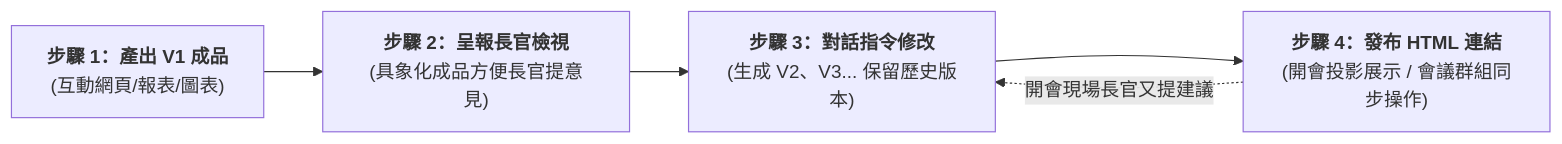
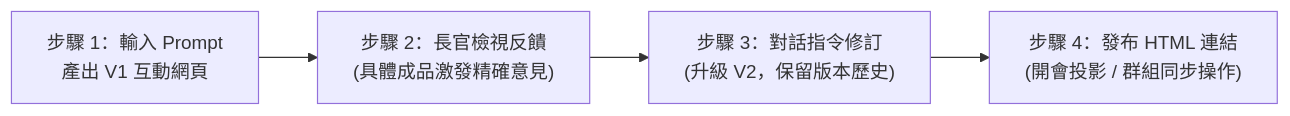
Before and after one commit to roberthsu2003/workflow-productivity: the second of 3 diagrams in Claude_ai/Artifacts/README.md, drawn with Mermaid. The commit also changed other lines of this file and 10 other files, not shown here.

````diff
--- a/Claude_ai/Artifacts/README.md
+++ b/Claude_ai/Artifacts/README.md
@@ -175,7 +89,6 @@
 ```mermaid
 graph LR
-    A["<b>步驟 1：產出 V1 成品</b><br/>(互動網頁/報表/圖表)"] --> B["<b>步驟 2：呈報長官檢視</b><br/>(具象化成品方便長官提意見)"]
-    B --> C["<b>步驟 3：對話指令修改</b><br/>(生成 V2、V3... 保留歷史版本)"]
-    C --> D["<b>步驟 4：發布 HTML 連結</b><br/>(開會投影展示 / 會議群組同步操作)"]
-    D -.->|"開會現場長官又提建議"| C
+    A["步驟 1：輸入 Prompt<br/>產出 V1 互動網頁"] --> B["步驟 2：長官檢視反饋<br/>(具體成品激發精確意見)"]
+    B --> C["步驟 3：對話指令修訂<br/>(升級 V2，保留版本歷史)"]
+    C --> D["步驟 4：發布 HTML 連結<br/>(開會投影 / 群組同步操作)"]
 ```
````
